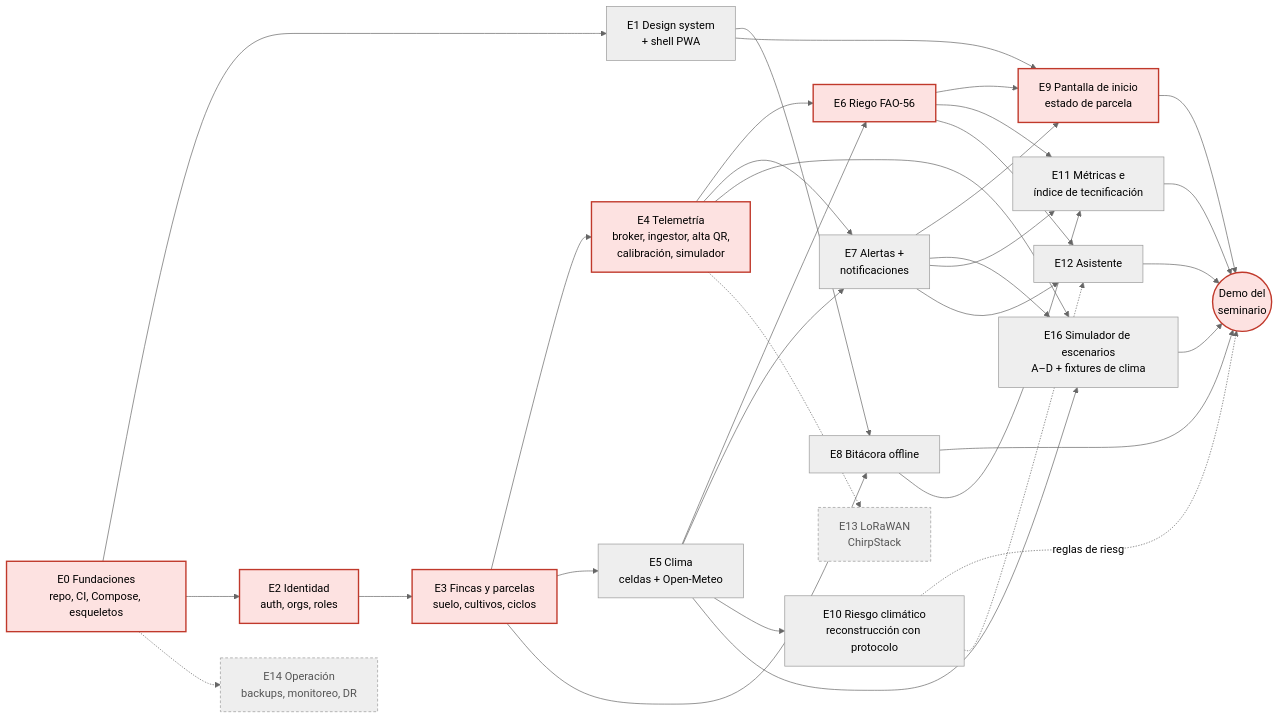
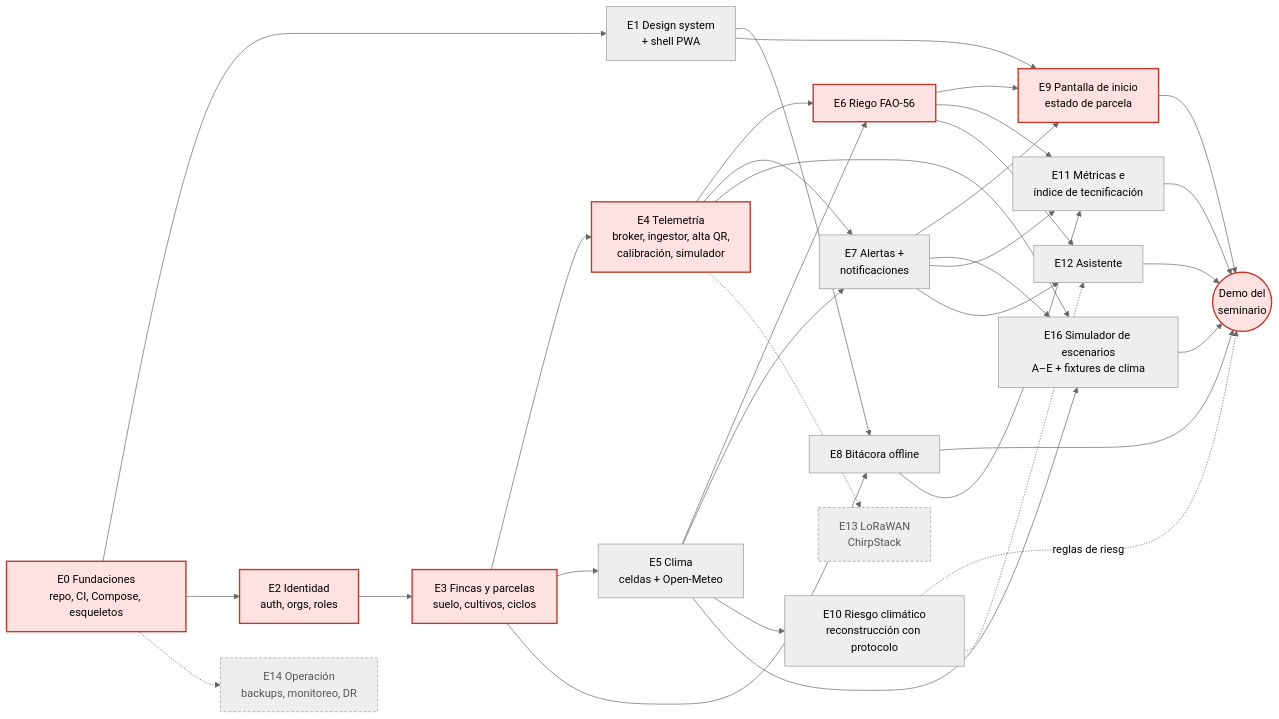
Before and after one commit to jab16jy/techcamp-v2: the first of 3 diagrams in docs/10-dag.md, drawn with Mermaid (neutral theme). The commit also changed other lines of this file and 13 other files, not shown here.

````diff
--- a/docs/10-dag.md
+++ b/docs/10-dag.md
@@ -9,51 +9,51 @@
 ```mermaid
 flowchart LR
   E0[E0 Fundaciones<br/>repo, CI, Compose, esqueletos]
   E1[E1 Design system<br/>+ shell PWA]
   E2[E2 Identidad<br/>auth, orgs, roles]
   E3[E3 Fincas y parcelas<br/>suelo, cultivos, ciclos]
   E4[E4 Telemetría<br/>broker, ingestor, alta QR,<br/>calibración, simulador]
   E5[E5 Clima<br/>celdas + Open-Meteo]
   E6[E6 Riego FAO-56]
   E7[E7 Alertas +<br/>notificaciones]
   E8[E8 Bitácora offline]
   E9[E9 Pantalla de inicio<br/>estado de parcela]
   E10[E10 Riesgo climático<br/>reconstrucción con protocolo]
   E11[E11 Métricas e<br/>índice de tecnificación]
   E12[E12 Asistente]
   E13[E13 LoRaWAN<br/>ChirpStack]
   E14[E14 Operación<br/>backups, monitoreo, DR]
-  E16[E16 Simulador de escenarios<br/>A–D + fixtures de clima]
+  E16[E16 Simulador de escenarios<br/>A–E + fixtures de clima]
   E15((Demo del<br/>seminario))
 
   E0 --> E1
   E0 --> E2 --> E3 --> E4 --> E6 --> E9 --> E15
   E0 -.-> E14
   E3 --> E5
   E5 --> E6
   E4 --> E7
   E5 --> E7
   E7 --> E9
   E1 --> E8
   E3 --> E8
   E1 --> E9
   E5 --> E10
   E10 -.reglas de riesgo.-> E15
   E4 --> E16
   E5 --> E16
   E7 --> E16 --> E15
   E8 --> E15
   E6 --> E11
   E7 --> E11
   E8 --> E11 --> E15
   E6 --> E12
   E7 --> E12
   E10 -.-> E12
   E12 --> E15
   E4 -.-> E13
 
   classDef critical fill:#fde2e1,stroke:#c0392b,stroke-width:2px,color:#000
   class E0,E2,E3,E4,E6,E9,E15 critical
   classDef future fill:#eeeeee,stroke:#999999,stroke-dasharray:4 3,color:#555
   class E13,E14 future
 ```
````
